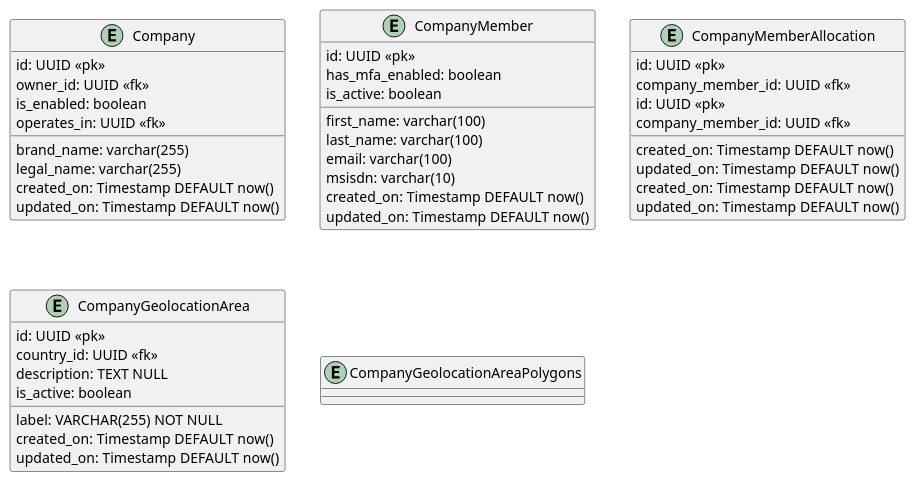
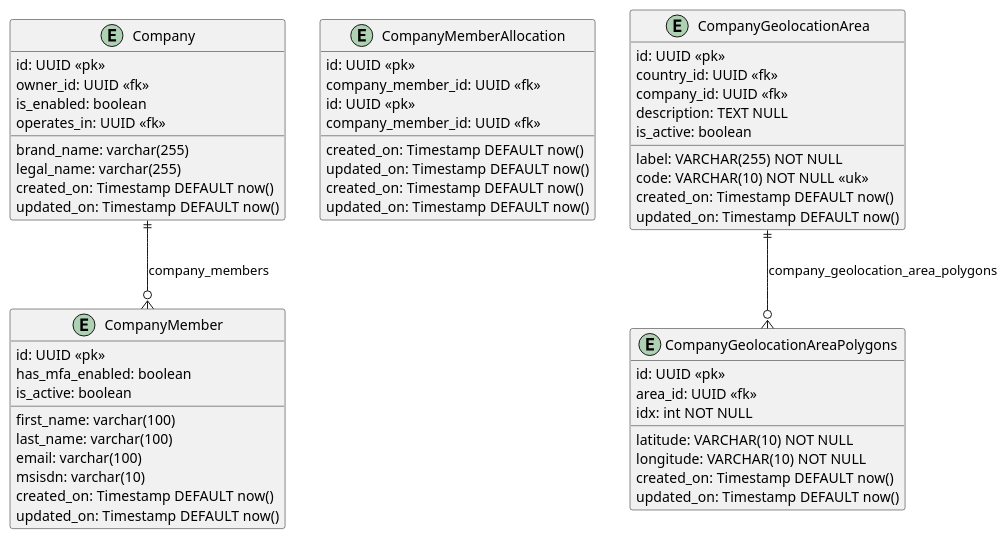
The diagram in documentations/company_design.wsd (naabotoo/project-eneon-api-service), drawn with PlantUML before and after one commit. The commit also changed 3 other files, not shown here.

Commit message:
wip: applied ERD generate sql statements to create tables pending api development.

```diff
--- a/documentations/company_design.wsd
+++ b/documentations/company_design.wsd
@@ -1,52 +1,63 @@
 @startuml "company entity design"
     entity companies as "Company" {
         id: UUID <<pk>>
         brand_name: varchar(255)
         legal_name: varchar(255)
         owner_id: UUID <<fk>>
         is_enabled: boolean
         operates_in: UUID <<fk>>
         created_on: Timestamp DEFAULT now()
         updated_on: Timestamp DEFAULT now()
     }
 
     entity company_members as "CompanyMember" {
         id: UUID <<pk>>
         first_name: varchar(100)
         last_name: varchar(100)
         email: varchar(100)
         msisdn: varchar(10)
         has_mfa_enabled: boolean
         is_active: boolean
         created_on: Timestamp DEFAULT now()
         updated_on: Timestamp DEFAULT now()
     }
 
     entity company_member_allocations as "CompanyMemberAllocation" {
         id: UUID <<pk>>
         company_member_id: UUID <<fk>>
         created_on: Timestamp DEFAULT now()
         updated_on: Timestamp DEFAULT now()
     }
 
     entity company_member_allocations as "CompanyMemberAllocation" {
         id: UUID <<pk>>
         company_member_id: UUID <<fk>>
         created_on: Timestamp DEFAULT now()
         updated_on: Timestamp DEFAULT now()
     }
 
     entity company_geolocation_areas as "CompanyGeolocationArea" {
         id: UUID <<pk>>
         country_id: UUID <<fk>>
+        company_id: UUID <<fk>>
         label: VARCHAR(255) NOT NULL
+        code: VARCHAR(10) NOT NULL <<uk>>
         description: TEXT NULL
         is_active: boolean
         created_on: Timestamp DEFAULT now()
         updated_on: Timestamp DEFAULT now()
     }
 
     entity company_geolocation_area_polygons as "CompanyGeolocationAreaPolygons" {
-        
+        id: UUID <<pk>>
+        area_id: UUID <<fk>>
+        idx: int NOT NULL
+        latitude: VARCHAR(10) NOT NULL
+        longitude: VARCHAR(10) NOT NULL
+        created_on: Timestamp DEFAULT now()
+        updated_on: Timestamp DEFAULT now()
     }
+
+    company_geolocation_areas ||--o{ company_geolocation_area_polygons : "company_geolocation_area_polygons"
+    companies ||--o{ company_members : "company_members"
 @enduml
```
